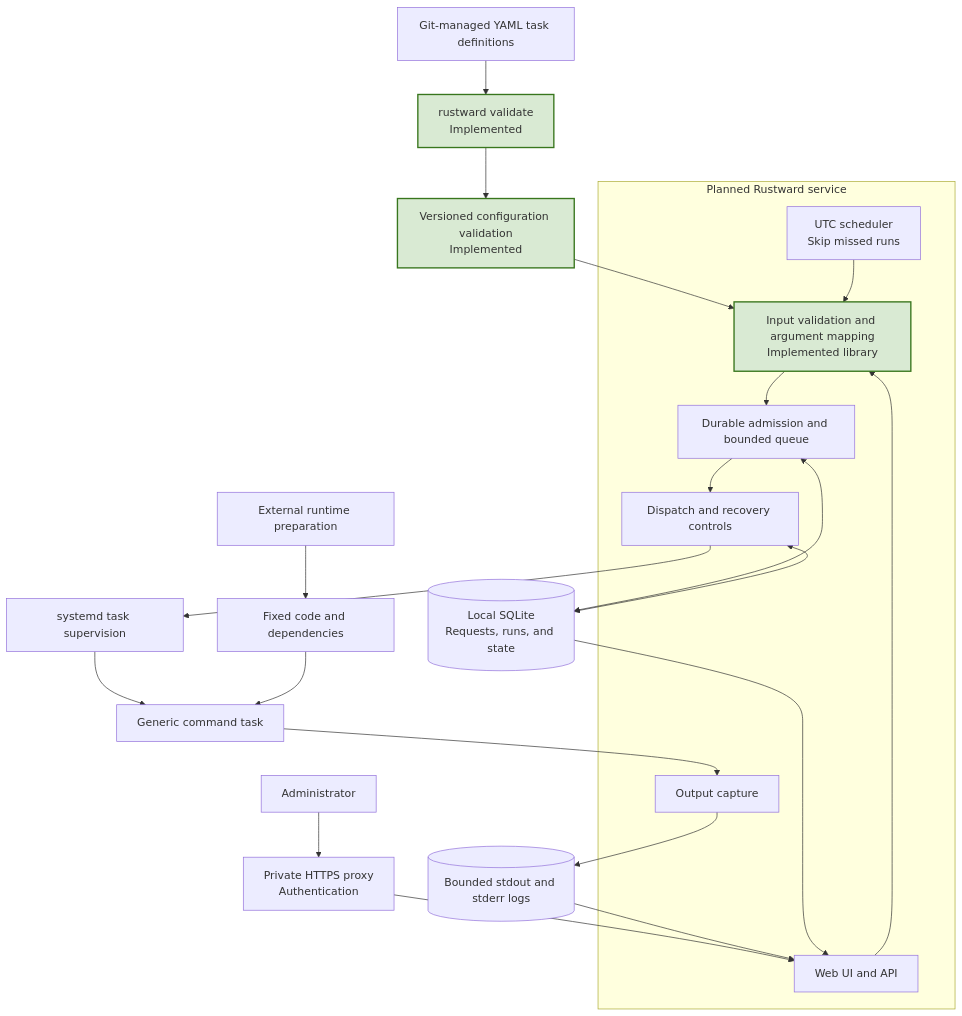
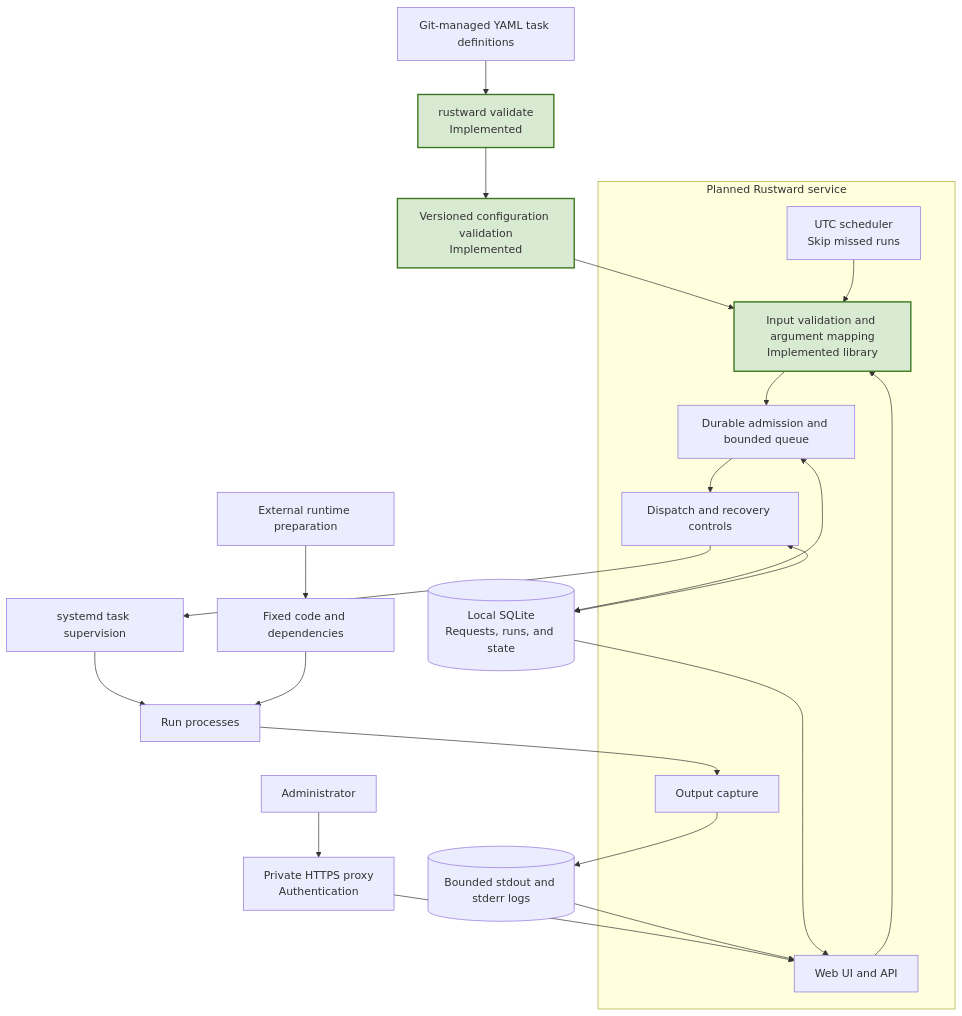
One commit to chrizpower/rustward changed the diagram in docs/ARCHITECTURE.md. Above: the diagram before and after it, drawn with Mermaid. The commit also changed other lines of this file and 12 other files, not shown here.

````diff
--- a/docs/ARCHITECTURE.md
+++ b/docs/ARCHITECTURE.md
@@ -15,45 +14,45 @@
 ```mermaid
 flowchart TB
     Git["Git-managed YAML task definitions"]
     CLI["rustward validate<br/>Implemented"]
     Config["Versioned configuration validation<br/>Implemented"]
 
     Admin["Administrator"]
     Proxy["Private HTTPS proxy<br/>Authentication"]
 
     subgraph Service["Planned Rustward service"]
         UI["Web UI and API"]
         Cron["UTC scheduler<br/>Skip missed runs"]
         Inputs["Input validation and argument mapping<br/>Implemented library"]
         Queue["Durable admission and bounded queue"]
         Dispatch["Dispatch and recovery controls"]
         Capture["Output capture"]
     end
 
     DB[("Local SQLite<br/>Requests, runs, and state")]
     Prepare["External runtime preparation"]
     Runtime["Fixed code and dependencies"]
     Systemd["systemd task supervision"]
-    Task["Generic command task"]
+    Task["Run processes"]
     Logs[("Bounded stdout and stderr logs")]
 
     Git --> CLI --> Config
     Config --> Inputs
 
     Admin --> Proxy --> UI
     UI --> Inputs
     Cron --> Inputs
     Inputs --> Queue --> Dispatch
     Queue <--> DB
     Dispatch <--> DB
 
     Prepare --> Runtime
     Dispatch --> Systemd --> Task
     Runtime --> Task
     Task --> Capture --> Logs
     Logs --> UI
     DB --> UI
 
     classDef implemented fill:#d9ead3,stroke:#38761d,stroke-width:2px
     class CLI,Config,Inputs implemented
 ```
````
